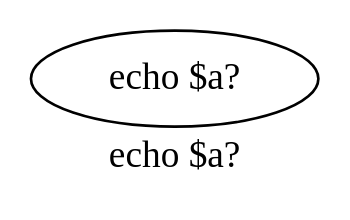
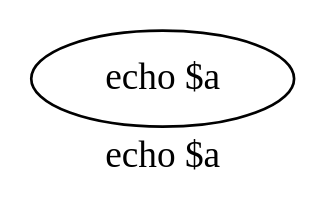
Before and after one commit to YeGoRenji/minishell-1337: the diagram in tree.dot, drawn with Graphviz. The commit also changed 10 other files, not shown here.

```diff
--- a/tree.dot
+++ b/tree.dot
@@ -1,4 +1,4 @@
 digraph yep {
-	label="echo $a?"
-	n0[label="echo $a? "];
+	label="echo $a"
+	n0[label="echo $a "];
 }
```
